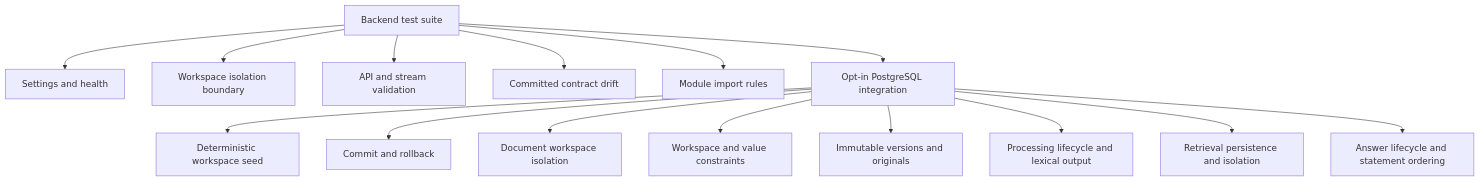
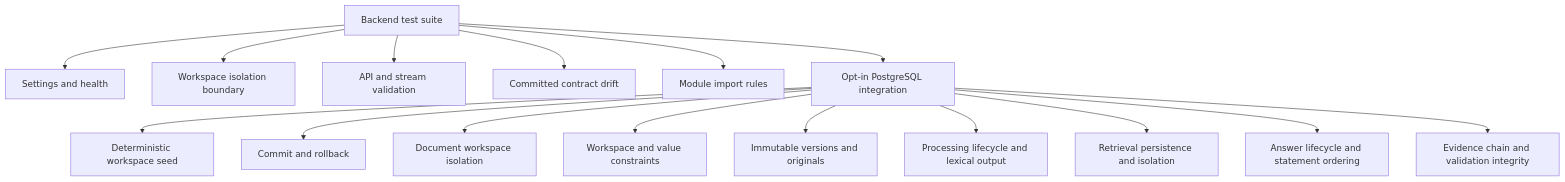
One commit to rnkraus/investment-research changed the diagram in backend/tests/README.md. Above: the diagram before and after it, drawn with Mermaid. The commit also changed other lines of this file and 2 other files, not shown here.

Commit message:
test(evidence): verify PostgreSQL persistence and integrity

````diff
--- a/backend/tests/README.md
+++ b/backend/tests/README.md
@@ -15,17 +15,18 @@
 ```mermaid
 flowchart TD
     TESTS[Backend test suite] --> RUNTIME[Settings and health]
     TESTS --> IDENTITY[Workspace isolation boundary]
     TESTS --> CONTRACTS[API and stream validation]
     TESTS --> OPENAPI[Committed contract drift]
     TESTS --> ARCH[Module import rules]
     TESTS --> POSTGRES[Opt-in PostgreSQL integration]
     POSTGRES --> SEED[Deterministic workspace seed]
     POSTGRES --> TX[Commit and rollback]
     POSTGRES --> DOCS[Document workspace isolation]
     POSTGRES --> CONSTRAINTS[Workspace and value constraints]
     POSTGRES --> IMMUTABLE[Immutable versions and originals]
     POSTGRES --> PROCESSING[Processing lifecycle and lexical output]
     POSTGRES --> SEARCH[Retrieval persistence and isolation]
     POSTGRES --> RESEARCH[Answer lifecycle and statement ordering]
+    POSTGRES --> EVIDENCE[Evidence chain and validation integrity]
 ```
````
